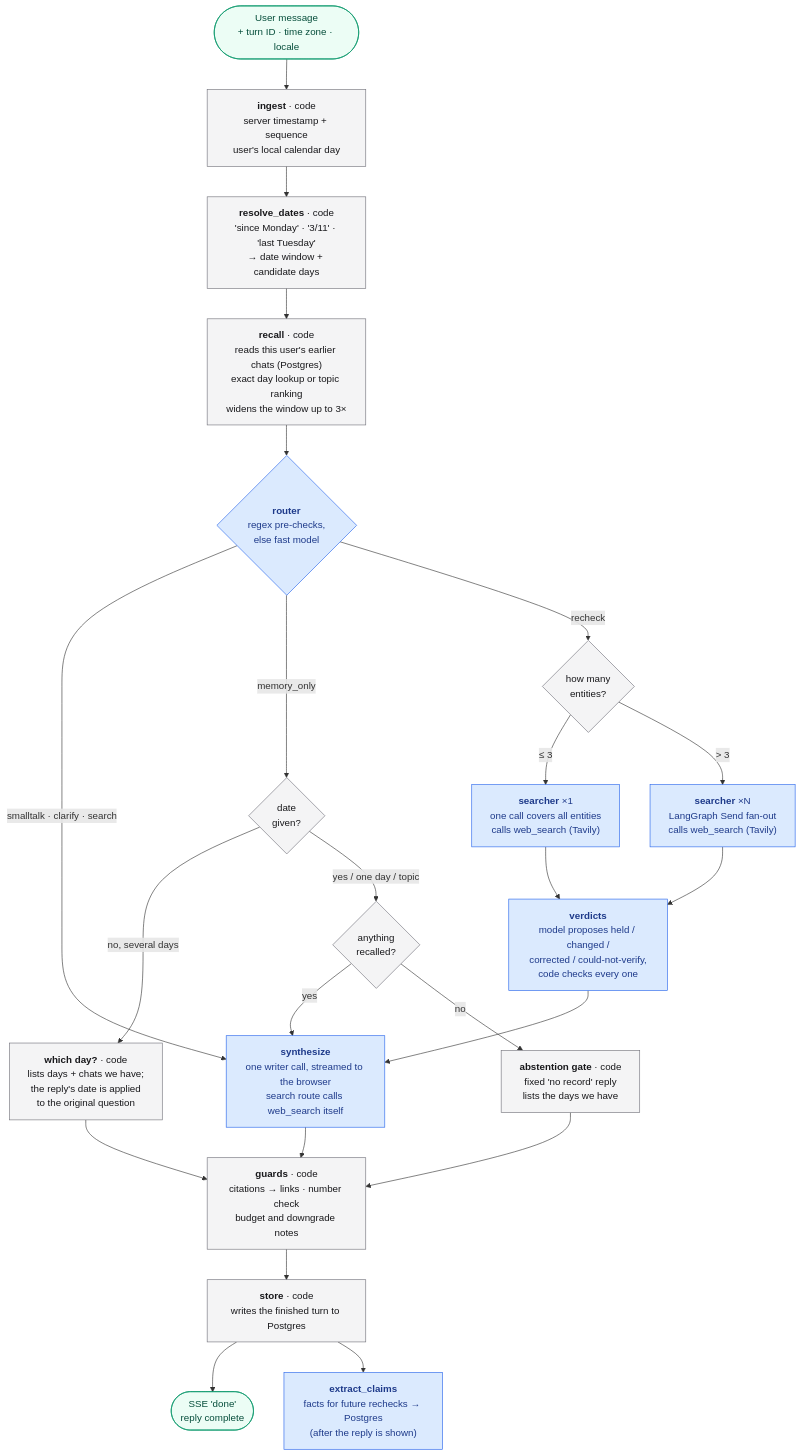
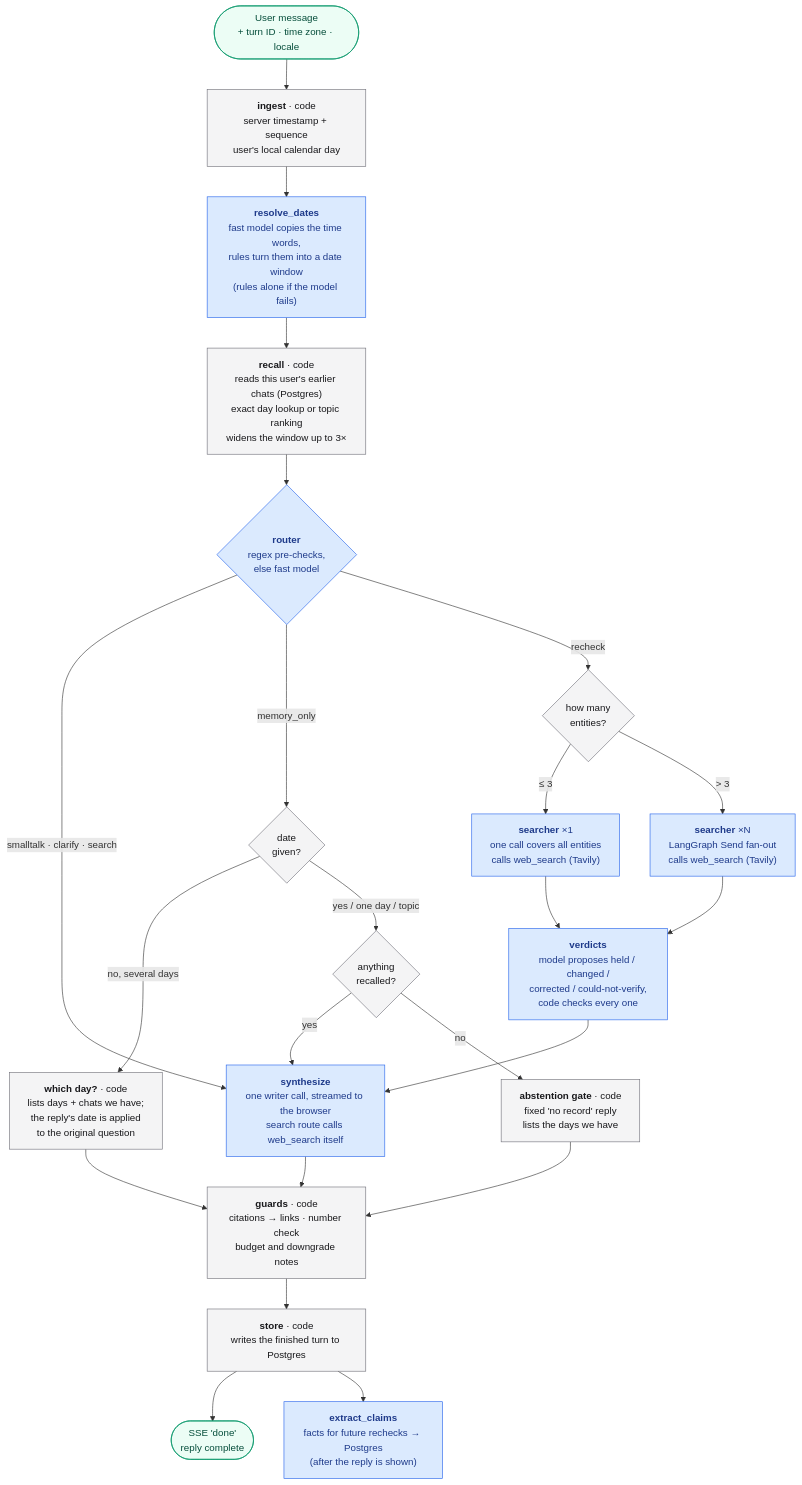
The diagram in docs/workflow.mmd (sreenivasivbieb/mimo), drawn with Mermaid before and after one commit. The commit also changed 11 other files, not shown here.

First line of the commit message:
Read time phrases with a fast model, calculate with rules, fall back to rules

```diff
--- a/docs/workflow.mmd
+++ b/docs/workflow.mmd
@@ -1,34 +1,34 @@
 flowchart TD
   msg(["User message<br/>+ turn ID · time zone · locale"]) --> ingest
 
   ingest["<b>ingest</b> · code<br/>server timestamp + sequence<br/>user's local calendar day"] --> resolve
-  resolve["<b>resolve_dates</b> · code<br/>'since Monday' · '3/11' · 'last Tuesday'<br/>→ date window + candidate days"] --> recall
+  resolve["<b>resolve_dates</b><br/>fast model copies the time words,<br/>rules turn them into a date window<br/>(rules alone if the model fails)"] --> recall
   recall["<b>recall</b> · code<br/>reads this user's earlier chats (Postgres)<br/>exact day lookup or topic ranking<br/>widens the window up to 3×"] --> router
 
   router{"<b>router</b><br/>regex pre-checks,<br/>else fast model"}
   router -- "smalltalk · clarify · search" --> synth
   router -- "memory_only" --> when{"date<br/>given?"}
   when -- "no, several days" --> whichday["<b>which day?</b> · code<br/>lists days + chats we have;<br/>the reply's date is applied<br/>to the original question"]
   when -- "yes / one day / topic" --> gate{"anything<br/>recalled?"}
   gate -- "yes" --> synth
   gate -- "no" --> norecord["<b>abstention gate</b> · code<br/>fixed 'no record' reply<br/>lists the days we have"]
   router -- "recheck" --> fan{"how many<br/>entities?"}
   fan -- "≤ 3" --> one["<b>searcher</b> ×1<br/>one call covers all entities<br/>calls web_search (Tavily)"]
   fan -- "> 3" --> many["<b>searcher</b> ×N<br/>LangGraph Send fan-out<br/>calls web_search (Tavily)"]
   one --> verdicts
   many --> verdicts
   verdicts["<b>verdicts</b><br/>model proposes held / changed /<br/>corrected / could-not-verify,<br/>code checks every one"] --> synth
 
   synth["<b>synthesize</b><br/>one writer call, streamed to the browser<br/>search route calls web_search itself"] --> guards
   norecord --> guards
   whichday --> guards
   guards["<b>guards</b> · code<br/>citations → links · number check<br/>budget and downgrade notes"] --> store
   store["<b>store</b> · code<br/>writes the finished turn to Postgres"] --> done(["SSE 'done'<br/>reply complete"])
   store --> extract["<b>extract_claims</b><br/>facts for future rechecks → Postgres<br/>(after the reply is shown)"]
 
   classDef code fill:#f4f4f5,stroke:#71717a,color:#18181b
   classDef model fill:#dbeafe,stroke:#2563eb,color:#1e3a8a
   classDef edge fill:#ecfdf5,stroke:#059669,color:#064e3b
-  class ingest,resolve,recall,guards,store,gate,fan,norecord,when,whichday code
-  class router,one,many,verdicts,synth,extract model
+  class ingest,recall,guards,store,gate,fan,norecord,when,whichday code
+  class resolve,router,one,many,verdicts,synth,extract model
   class msg,done edge
```
